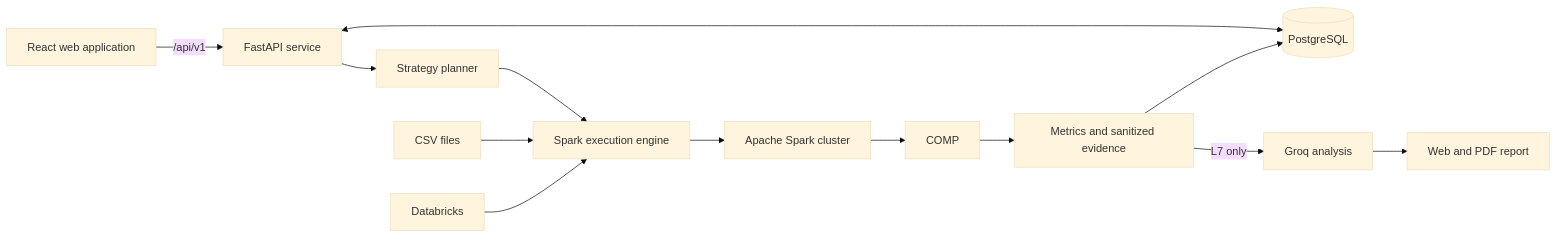
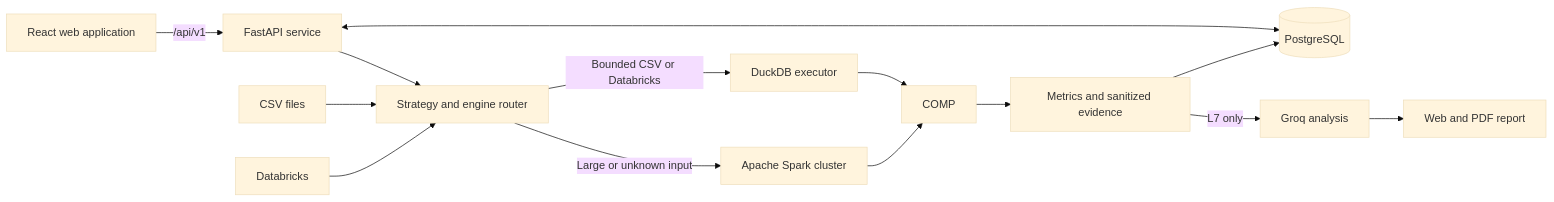
One commit to Manjunatha184/Intelligent-Data-Comparator changed the diagram in README.md. Above: the diagram before and after it, drawn with Mermaid (base theme). The commit also changed other lines of this file and 30 other files, not shown here.

Commit message:
updated project with duckDB and spark

````diff
--- a/README.md
+++ b/README.md
@@ -54,15 +54,16 @@
 ```mermaid
 flowchart LR
     UI[React web application] -->|/api/v1| API[FastAPI service]
-    API --> PLAN[Strategy planner]
-    PLAN --> EXEC[Spark execution engine]
-    EXEC --> SPARK[Apache Spark cluster]
+    API --> PLAN[Strategy and engine router]
+    PLAN -->|Bounded CSV or Databricks| DUCK[DuckDB executor]
+    PLAN -->|Large or unknown input| SPARK[Apache Spark cluster]
+    DUCK --> COMP
     SPARK --> COMP
-    CSV[CSV files] --> EXEC
-    DBX[Databricks] --> EXEC
+    CSV[CSV files] --> PLAN
+    DBX[Databricks] --> PLAN
     API <--> PG[(PostgreSQL)]
     COMP --> EVIDENCE[Metrics and sanitized evidence]
     EVIDENCE --> PG
     EVIDENCE -->|L7 only| LLM[Groq analysis]
     LLM --> REPORT[Web and PDF report]
 ```
````
